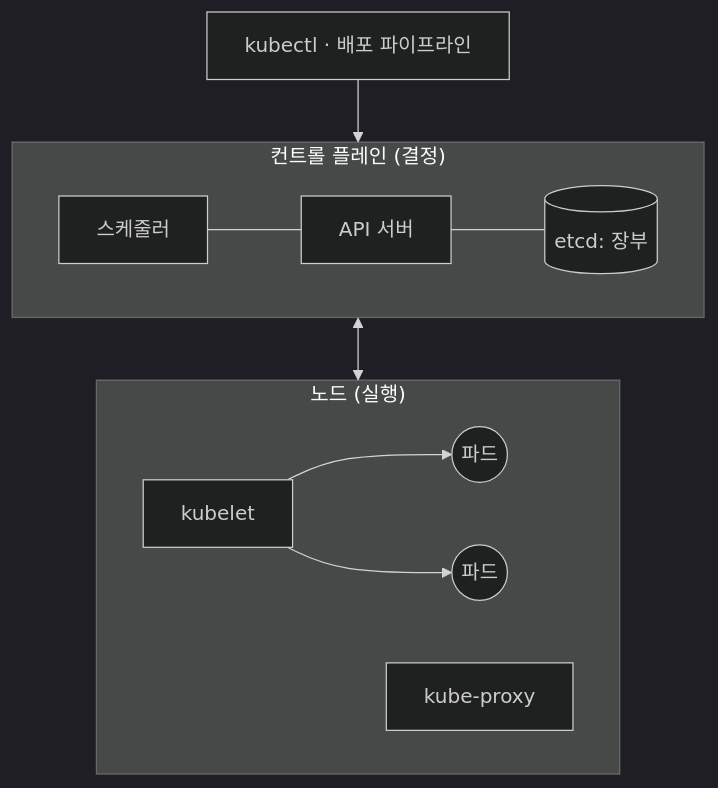
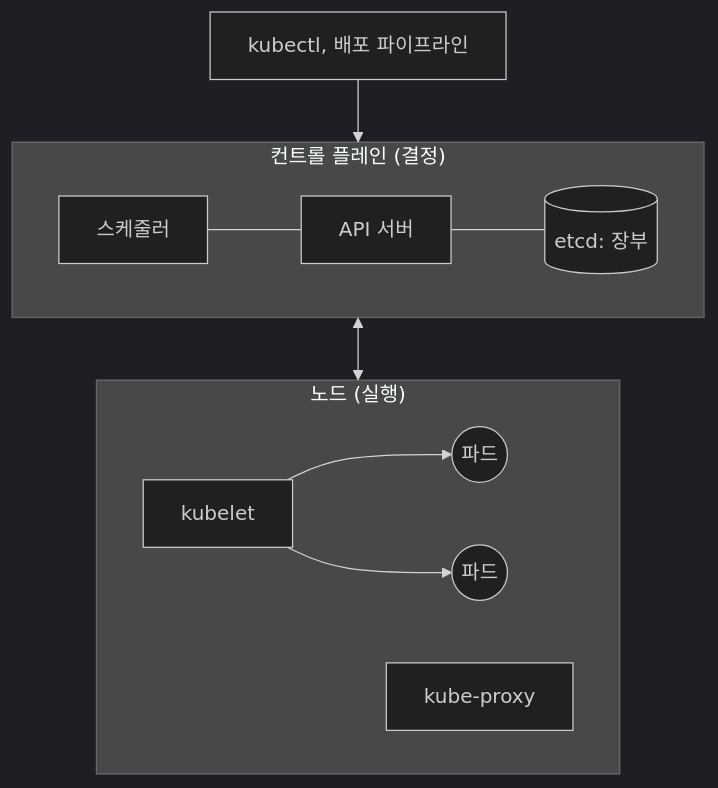
The first of 3 diagrams in apps/blog/posts/2026/08/k8s-for-frontend-1.md (yceffort/blog), drawn with Mermaid (dark theme) before and after one commit. The commit also changed other lines of this file and 1 other file, not shown here.

````diff
--- a/apps/blog/posts/2026/08/k8s-for-frontend-1.md
+++ b/apps/blog/posts/2026/08/k8s-for-frontend-1.md
@@ -56,14 +56,14 @@
 ```mermaid
 flowchart TB
-    KC["kubectl · 배포 파이프라인"] --> API
+    KC["kubectl, 배포 파이프라인"] --> API
     subgraph CP["컨트롤 플레인 (결정)"]
         direction LR
         SCH["스케줄러"] --- API["API 서버"] --- ETCD[("etcd: 장부")]
     end
     API <--> KL
     subgraph N["노드 (실행)"]
         direction LR
         KP["kube-proxy"]
         KL["kubelet"] --> P1(("파드")) & P2(("파드"))
     end
 ```
````
